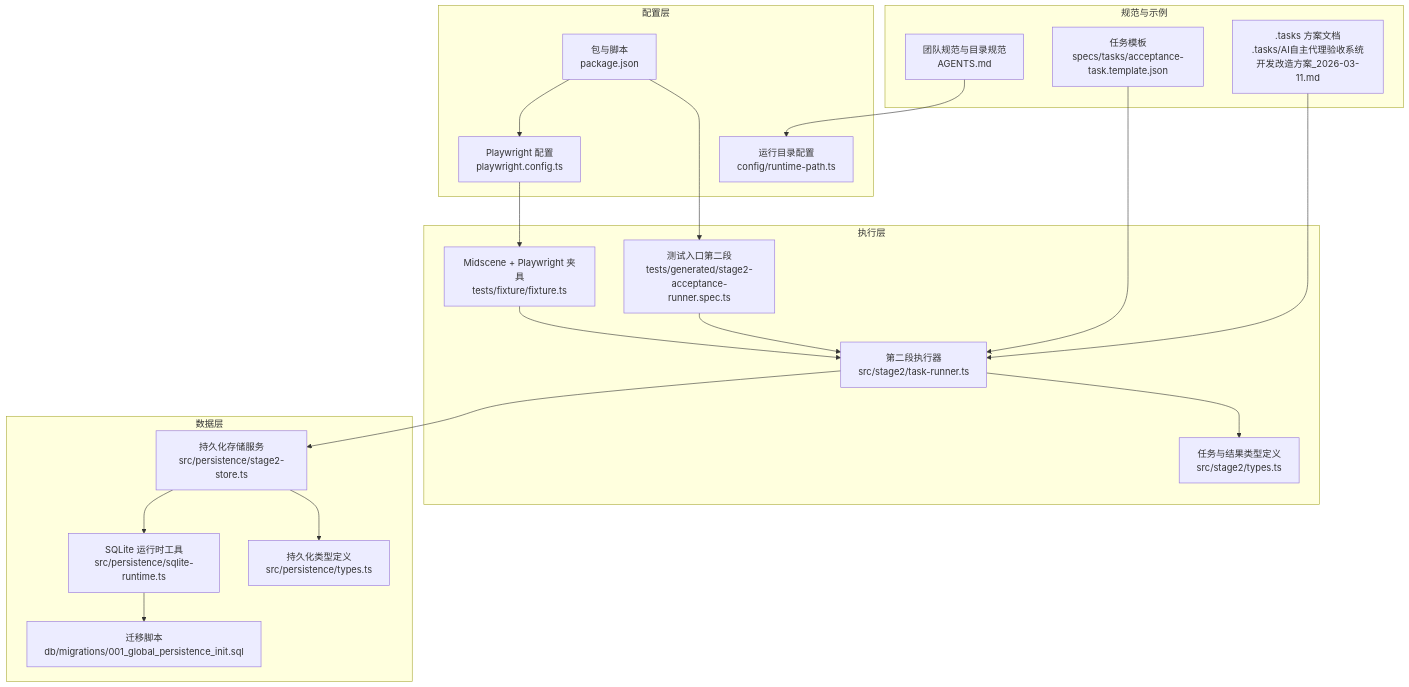
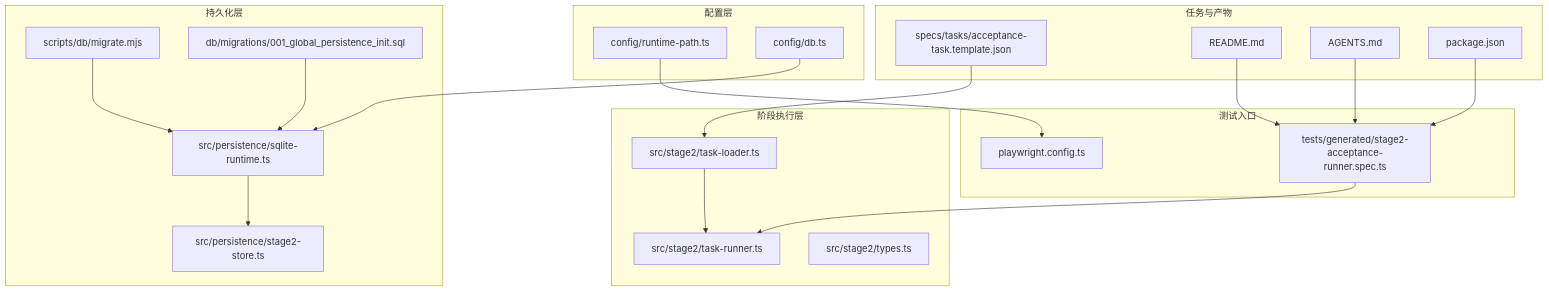
Before and after one commit to Jiane-EJ/playwright-mind: the first of 8 diagrams in .qoder/repowiki/zh/content/项目概述.md, drawn with Mermaid. The commit also changed other lines of this file and 151 other files, not shown here.

````diff
--- a/.qoder/repowiki/zh/content/项目概述.md
+++ b/.qoder/repowiki/zh/content/项目概述.md
@@ -50,38 +53,39 @@
 ```mermaid
 graph TB
 subgraph "配置层"
-RT["运行目录配置<br/>config/runtime-path.ts"]
-CFG["Playwright 配置<br/>playwright.config.ts"]
-PKG["包与脚本<br/>package.json"]
+RT["config/runtime-path.ts"]
+DB_CFG["config/db.ts"]
 end
-subgraph "执行层"
-FIX["Midscene + Playwright 夹具<br/>tests/fixture/fixture.ts"]
-SPEC["测试入口第二段<br/>tests/generated/stage2-acceptance-runner.spec.ts"]
-RUNNER["第二段执行器<br/>src/stage2/task-runner.ts"]
-TYPES["任务与结果类型定义<br/>src/stage2/types.ts"]
+subgraph "持久化层"
+SQLITE_RT["src/persistence/sqlite-runtime.ts"]
+STAGE2_STORE["src/persistence/stage2-store.ts"]
+MIGRATE["scripts/db/migrate.mjs"]
+MIG_SQL["db/migrations/001_global_persistence_init.sql"]
 end
-subgraph "数据层"
-PERSIST["持久化存储服务<br/>src/persistence/stage2-store.ts"]
-SQLITE["SQLite 运行时工具<br/>src/persistence/sqlite-runtime.ts"]
-MIG["迁移脚本<br/>db/migrations/001_global_persistence_init.sql"]
-PTYPES["持久化类型定义<br/>src/persistence/types.ts"]
+subgraph "阶段执行层"
+TASK_LOADER["src/stage2/task-loader.ts"]
+TASK_RUNNER["src/stage2/task-runner.ts"]
+TYPES["src/stage2/types.ts"]
 end
-subgraph "规范与示例"
-AG["团队规范与目录规范<br/>AGENTS.md"]
-TPL["任务模板<br/>specs/tasks/acceptance-task.template.json"]
-PLAN[".tasks 方案文档<br/>.tasks/AI自主代理验收系统开发改造方案_2026-03-11.md"]
+subgraph "测试入口"
+TEST_SPEC["tests/generated/stage2-acceptance-runner.spec.ts"]
+PW_CONFIG["playwright.config.ts"]
 end
-PKG --> CFG
-PKG --> SPEC
-CFG --> FIX
-FIX --> RUNNER
-SPEC --> RUNNER
-RUNNER --> PERSIST
-PERSIST --> SQLITE
-SQLITE --> MIG
-RUNNER --> TYPES
-PERSIST --> PTYPES
-AG --> RT
-TPL --> RUNNER
-PLAN --> RUNNER
+subgraph "任务与产物"
+TASK_JSON["specs/tasks/acceptance-task.template.json"]
+README["README.md"]
+AGENTS["AGENTS.md"]
+PKG["package.json"]
+end
+RT --> PW_CONFIG
+DB_CFG --> SQLITE_RT
+SQLITE_RT --> STAGE2_STORE
+MIGRATE --> SQLITE_RT
+MIG_SQL --> SQLITE_RT
+TASK_LOADER --> TASK_RUNNER
+TASK_JSON --> TASK_LOADER
+TEST_SPEC --> TASK_RUNNER
+PKG --> TEST_SPEC
+README --> TEST_SPEC
+AGENTS --> TEST_SPEC
 ```
````
